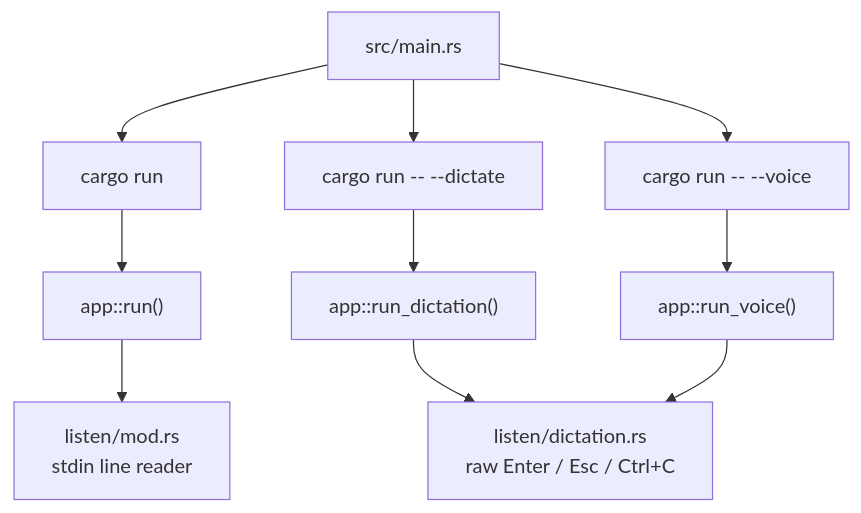
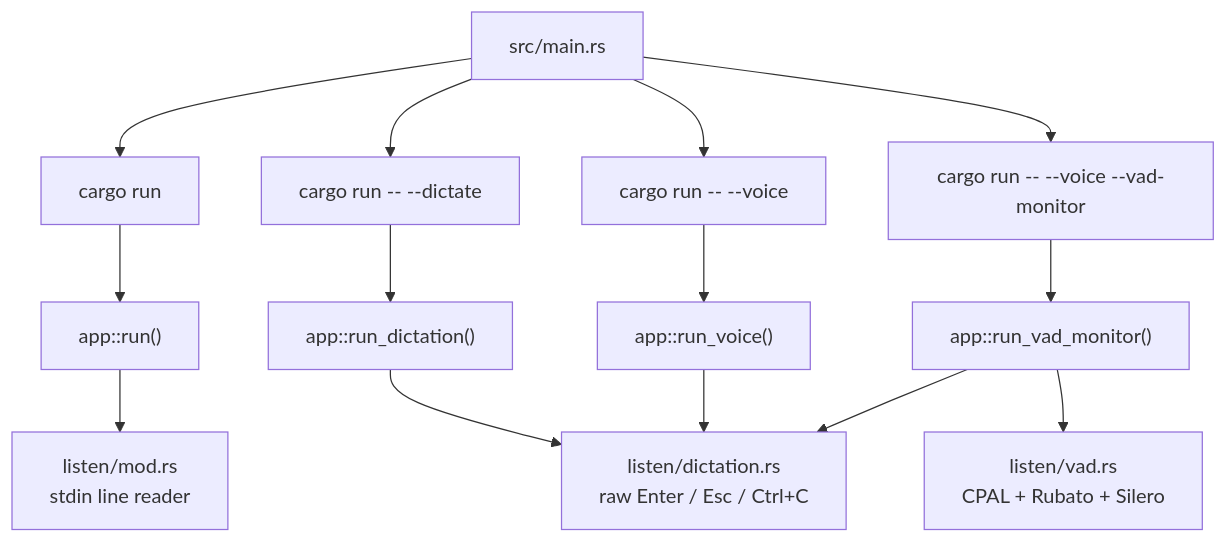
The first of 5 diagrams in README.md (samuelebstein/independence), drawn with Mermaid before and after one commit. The commit also changed other lines of this file and 12 other files, not shown here.

````diff
--- a/README.md
+++ b/README.md
@@ -535,14 +629,18 @@
 ```mermaid
 flowchart TD
     Main[src/main.rs] --> Typed["cargo run"]
     Main --> Dictate["cargo run -- --dictate"]
     Main --> Voice["cargo run -- --voice"]
+    Main --> Vad["cargo run -- --voice --vad-monitor"]
 
     Typed --> TypedApp["app::run()"]
     Dictate --> DictationApp["app::run_dictation()"]
     Voice --> VoiceApp["app::run_voice()"]
 
     TypedApp --> LineInput["listen/mod.rs\nstdin line reader"]
     DictationApp --> RawInput["listen/dictation.rs\nraw Enter / Esc / Ctrl+C"]
     VoiceApp --> RawInput
+    Vad --> VadApp["app::run_vad_monitor()"]
+    VadApp --> RawInput
+    VadApp --> VadWorker["listen/vad.rs\nCPAL + Rubato + Silero"]
 ```
````
